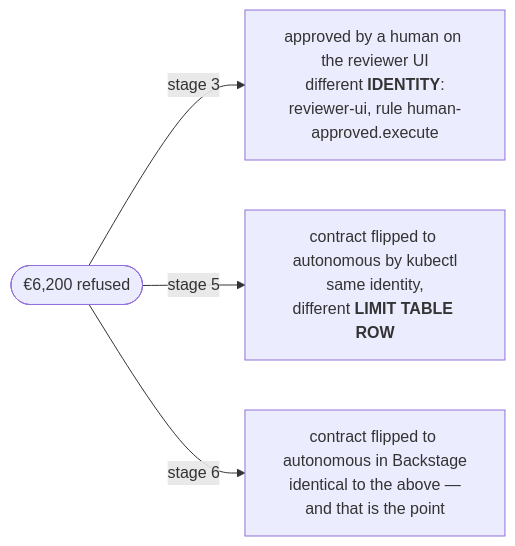
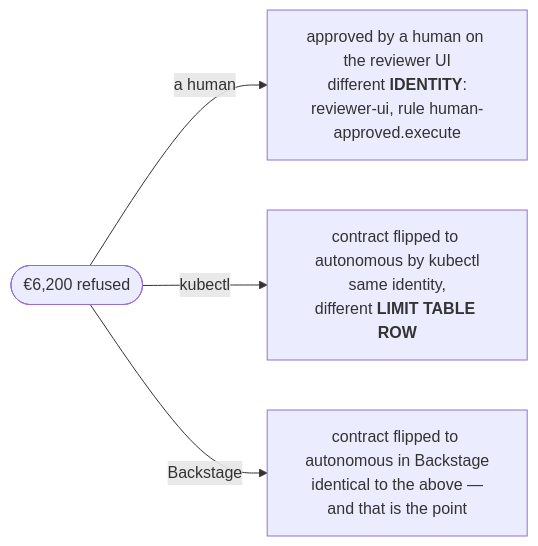
The third of 4 diagrams in docs/demo-runbook.md (kaspernissen/aip-demo), drawn with Mermaid before and after one commit. The commit also changed other lines of this file, not shown here.

Commit message:
runbook: remove stage tags from beat headings and diagrams

```diff
--- a/docs/demo-runbook.md
+++ b/docs/demo-runbook.md
@@ -186,13 +186,13 @@
 <pre class="mermaid">
 flowchart LR
     r(["€6,200 refused"])
-    r -->|"stage 3"| a["`approved by a human on the reviewer UI
+    r -->|"a human"| a["`approved by a human on the reviewer UI
       different **IDENTITY**:
       reviewer-ui, rule human-approved.execute`"]
-    r -->|"stage 5"| b["`contract flipped to autonomous by kubectl
+    r -->|"kubectl"| b["`contract flipped to autonomous by kubectl
       same identity,
       different **LIMIT TABLE ROW**`"]
-    r -->|"stage 6"| c["`contract flipped to autonomous in Backstage
+    r -->|"Backstage"| c["`contract flipped to autonomous in Backstage
       identical to the above —
       and that is the point`"]
 </pre>
```
